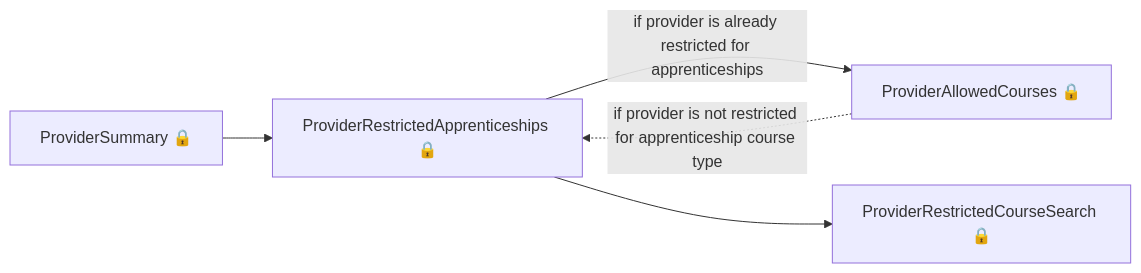
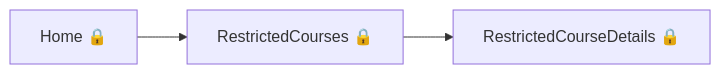
Before and after one commit to talentconsulting/atlas-dfe: the seventh of 11 diagrams in das-admin-roatp-web/user-journeys/user-journeys.md, drawn with Mermaid. The commit also changed other lines of this file and 22 other files, not shown here.

````diff
--- a/das-admin-roatp-web/user-journeys/user-journeys.md
+++ b/das-admin-roatp-web/user-journeys/user-journeys.md
@@ -130,7 +93,5 @@
 ```mermaid
 flowchart LR
-  p0["ProviderSummary 🔒"] --> p1["ProviderRestrictedApprenticeships 🔒"]
-  p1["ProviderRestrictedApprenticeships 🔒"] -->|"if provider is already restricted for apprenticeships"| p2["ProviderAllowedCourses 🔒"]
-  p2["ProviderAllowedCourses 🔒"] -.->|"if provider is not restricted for apprenticeship course type"| p1["ProviderRestrictedApprenticeships 🔒"]
-  p1["ProviderRestrictedApprenticeships 🔒"] --> p3["ProviderRestrictedCourseSearch 🔒"]
+  p0["Home 🔒"] --> p1["RestrictedCourses 🔒"]
+  p1["RestrictedCourses 🔒"] --> p2["RestrictedCourseDetails 🔒"]
 ```
````
